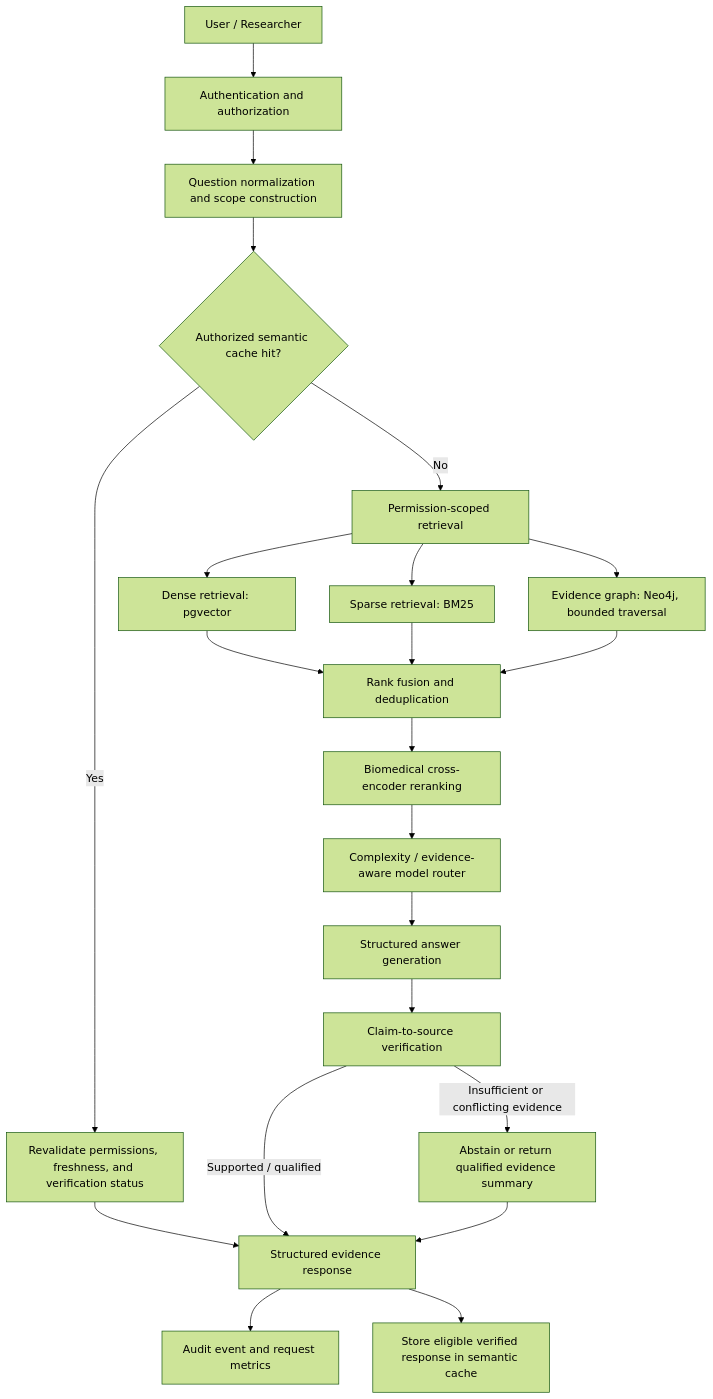
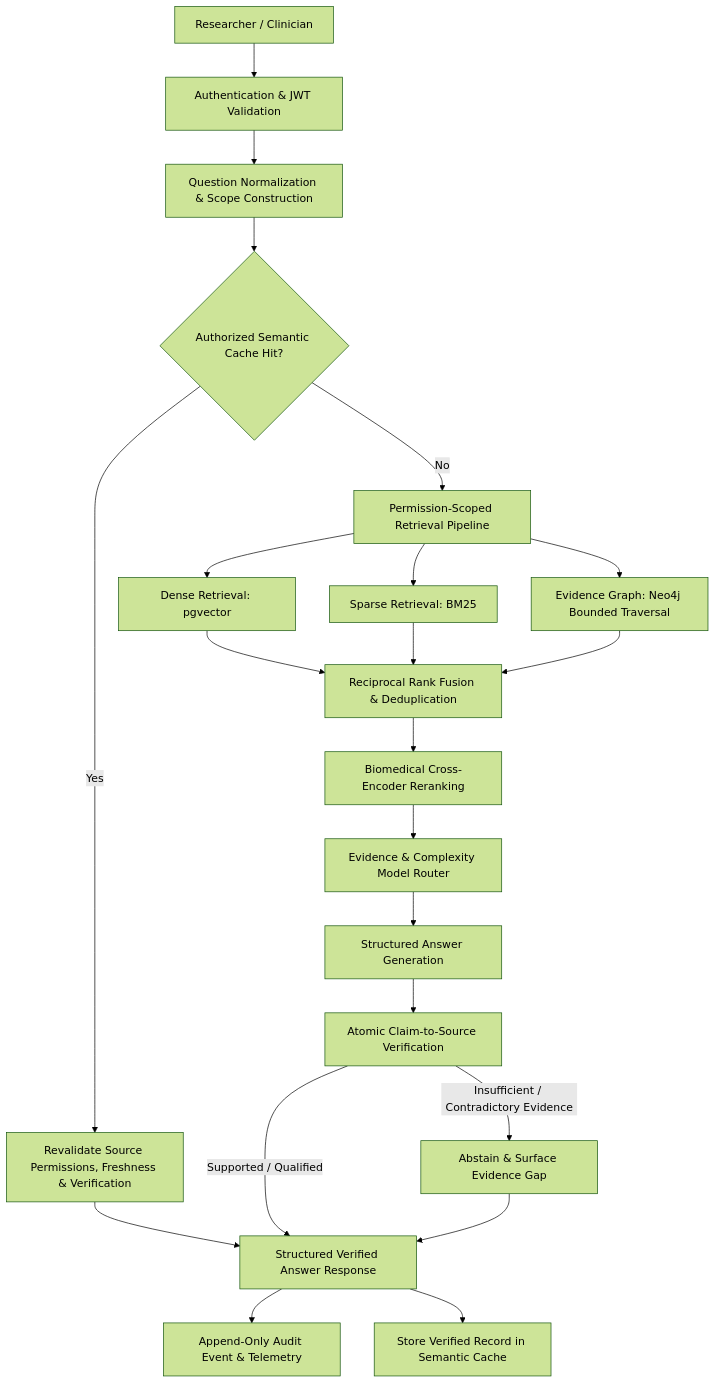
The diagram in README.md (Anjisht/ClinGraph), drawn with Mermaid (forest theme) before and after one commit. The commit also changed other lines of this file, not shown here.

Commit message:
docs: rewrite README to describe project architecture, capabilities, and benchmarks

````diff
--- a/README.md
+++ b/README.md
@@ -49,24 +68,24 @@
 ```mermaid
 flowchart TD
-    U[User / Researcher] --> A[Authentication and authorization]
-    A --> Q[Question normalization and scope construction]
-    Q --> C{Authorized semantic cache hit?}
-    C -- Yes --> R[Revalidate permissions, freshness, and verification status]
-    R --> OUT[Structured evidence response]
-    C -- No --> RET[Permission-scoped retrieval]
-    RET --> D[Dense retrieval: pgvector]
-    RET --> S[Sparse retrieval: BM25]
-    RET --> G[Evidence graph: Neo4j, bounded traversal]
-    D --> F[Rank fusion and deduplication]
+    U[Researcher / Clinician] --> A[Authentication & JWT Validation]
+    A --> Q[Question Normalization & Scope Construction]
+    Q --> C{Authorized Semantic Cache Hit?}
+    C -- Yes --> R[Revalidate Source Permissions, Freshness & Verification]
+    R --> OUT[Structured Verified Answer Response]
+    C -- No --> RET[Permission-Scoped Retrieval Pipeline]
+    RET --> D[Dense Retrieval: pgvector]
+    RET --> S[Sparse Retrieval: BM25]
+    RET --> G[Evidence Graph: Neo4j Bounded Traversal]
+    D --> F[Reciprocal Rank Fusion & Deduplication]
     S --> F
     G --> F
-    F --> X[Biomedical cross-encoder reranking]
-    X --> ROUTE[Complexity / evidence-aware model router]
-    ROUTE --> GEN[Structured answer generation]
-    GEN --> V[Claim-to-source verification]
-    V -->|Supported / qualified| OUT
-    V -->|Insufficient or conflicting evidence| AB[Abstain or return qualified evidence summary]
+    F --> X[Biomedical Cross-Encoder Reranking]
+    X --> ROUTE[Evidence & Complexity Model Router]
+    ROUTE --> GEN[Structured Answer Generation]
+    GEN --> V[Atomic Claim-to-Source Verification]
+    V -->|Supported / Qualified| OUT
+    V -->|Insufficient / Contradictory Evidence| AB[Abstain & Surface Evidence Gap]
     AB --> OUT
-    OUT --> LOG[Audit event and request metrics]
-    OUT --> CACHE[Store eligible verified response in semantic cache]
+    OUT --> LOG[Append-Only Audit Event & Telemetry]
+    OUT --> CACHE[Store Verified Record in Semantic Cache]
 ```
````
